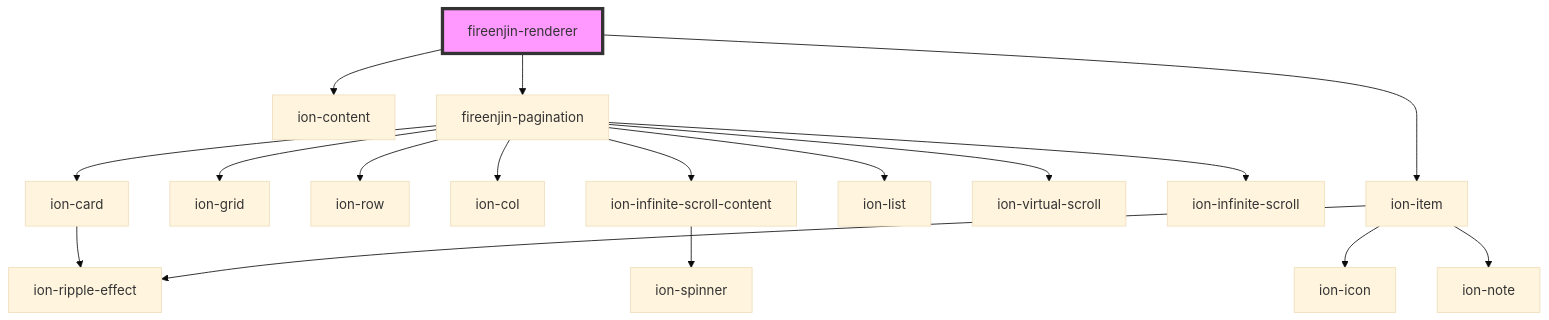
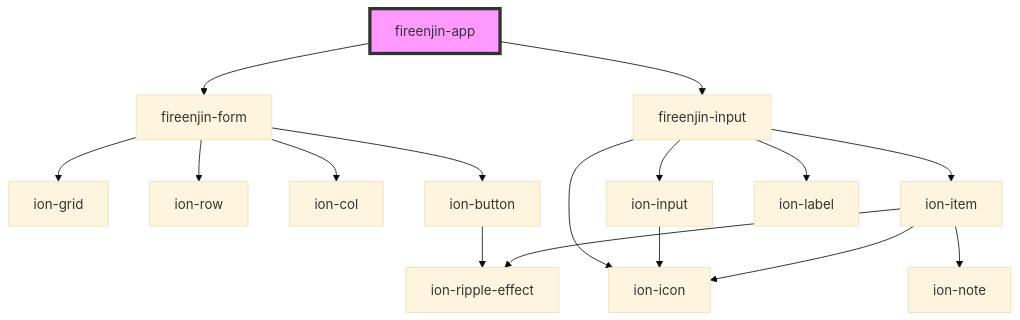
One commit to FireEnjin/Components changed the diagram in src/components/readme.md. Above: the diagram before and after it, drawn with Mermaid (base theme). The commit also changed other lines of this file and 6 other files, not shown here.

````diff
--- a/src/components/readme.md
+++ b/src/components/readme.md
@@ -17,20 +16,19 @@
 ```mermaid
 graph TD;
-  fireenjin-renderer --> ion-content
-  fireenjin-renderer --> fireenjin-pagination
-  fireenjin-renderer --> ion-item
-  fireenjin-pagination --> ion-grid
-  fireenjin-pagination --> ion-row
-  fireenjin-pagination --> ion-col
-  fireenjin-pagination --> ion-card
-  fireenjin-pagination --> ion-list
-  fireenjin-pagination --> ion-virtual-scroll
-  fireenjin-pagination --> ion-infinite-scroll
-  fireenjin-pagination --> ion-infinite-scroll-content
-  ion-card --> ion-ripple-effect
-  ion-infinite-scroll-content --> ion-spinner
+  fireenjin-app --> fireenjin-form
+  fireenjin-app --> fireenjin-input
+  fireenjin-form --> ion-grid
+  fireenjin-form --> ion-row
+  fireenjin-form --> ion-col
+  fireenjin-form --> ion-button
+  ion-button --> ion-ripple-effect
+  fireenjin-input --> ion-input
+  fireenjin-input --> ion-item
+  fireenjin-input --> ion-icon
+  fireenjin-input --> ion-label
+  ion-input --> ion-icon
   ion-item --> ion-icon
   ion-item --> ion-ripple-effect
   ion-item --> ion-note
-  style fireenjin-renderer fill:#f9f,stroke:#333,stroke-width:4px
+  style fireenjin-app fill:#f9f,stroke:#333,stroke-width:4px
 ```
````
